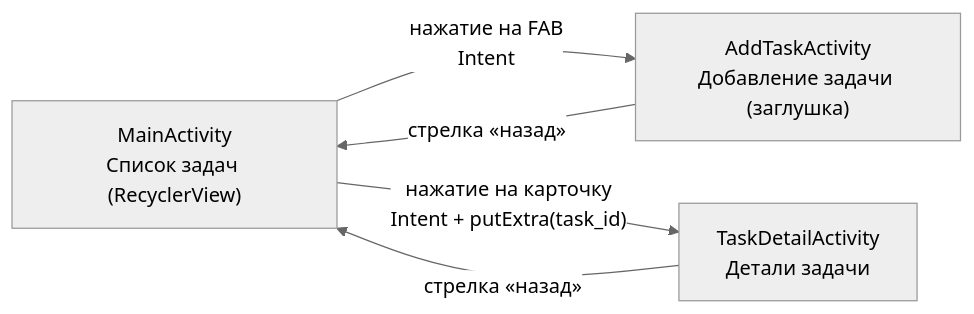
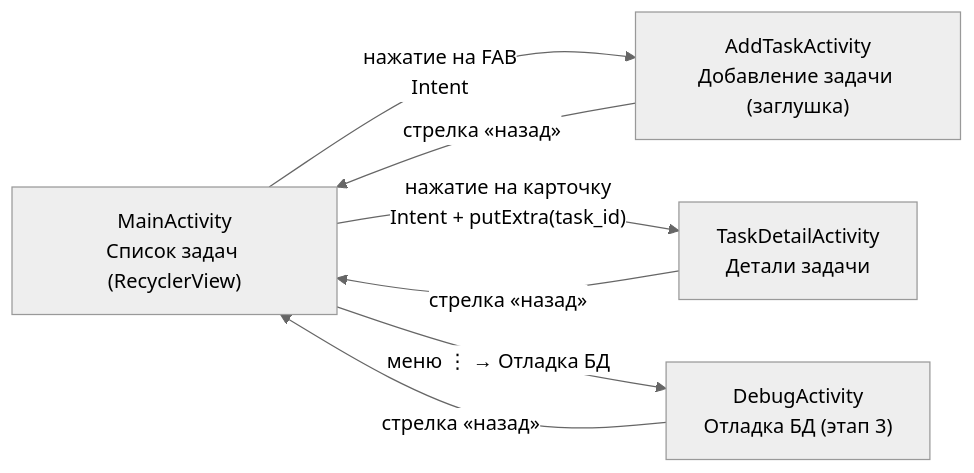
One commit to tsuruyuk1/TaskCalendar changed the diagram in docs/screens_scheme.md. Above: the diagram before and after it, drawn with Mermaid (neutral theme). The commit also changed other lines of this file and 19 other files, not shown here.

````diff
--- a/docs/screens_scheme.md
+++ b/docs/screens_scheme.md
@@ -3,11 +3,14 @@
 ```mermaid
 flowchart LR
     A["MainActivity<br/>Список задач (RecyclerView)"]
     B["AddTaskActivity<br/>Добавление задачи (заглушка)"]
     C["TaskDetailActivity<br/>Детали задачи"]
+    D["DebugActivity<br/>Отладка БД (этап 3)"]
 
     A -- "нажатие на FAB<br/>Intent" --> B
     A -- "нажатие на карточку<br/>Intent + putExtra(task_id)" --> C
+    A -- "меню ⋮ → Отладка БД" --> D
+    D -- "стрелка «назад»" --> A
     B -- "стрелка «назад»" --> A
     C -- "стрелка «назад»" --> A
 ```
````
